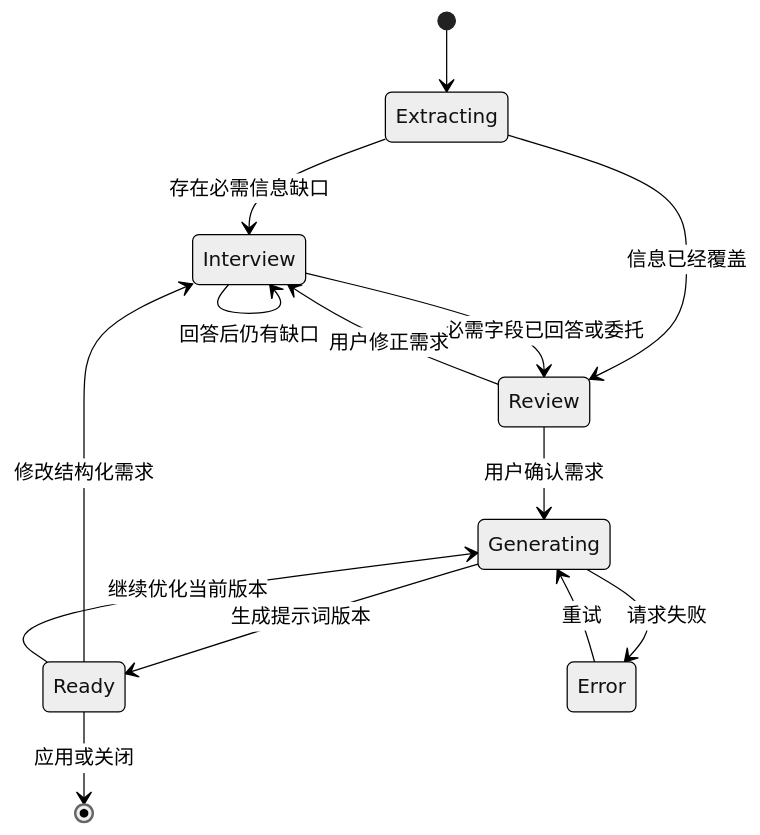
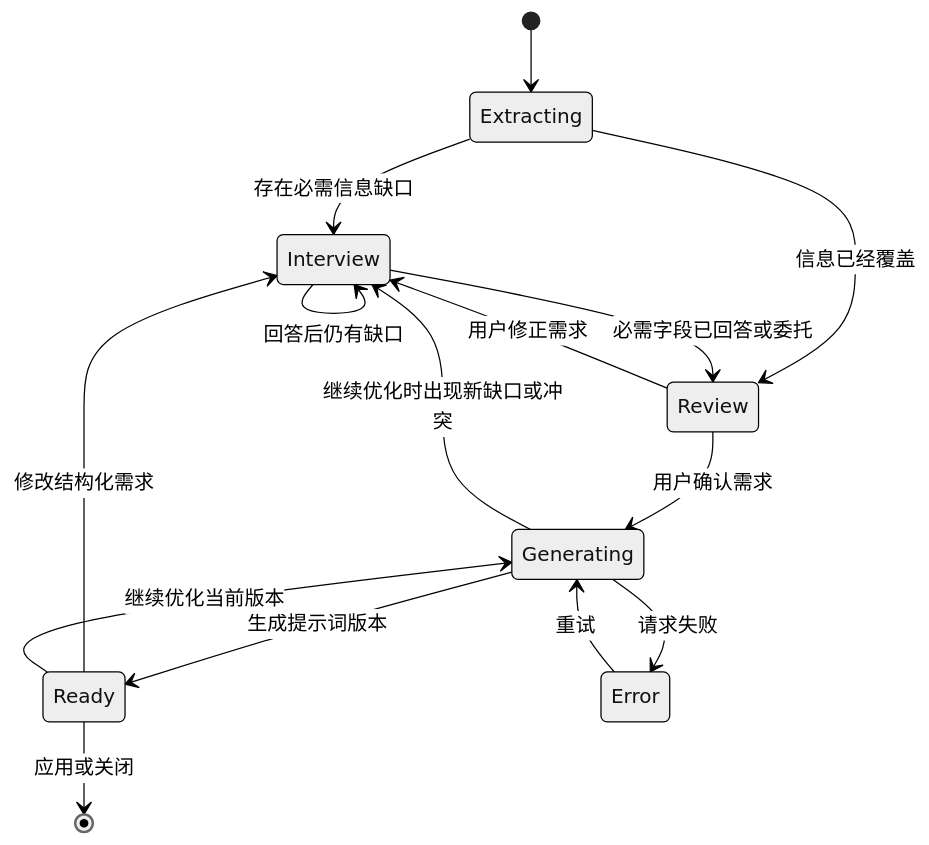
Before and after one commit to SongJaaaaaa/sub2Image: the second of 2 diagrams in docs/prompt-studio-design.md, drawn with Mermaid (neutral theme). The commit also changed other lines of this file and 120 other files, not shown here.

````diff
--- a/docs/prompt-studio-design.md
+++ b/docs/prompt-studio-design.md
@@ -484,16 +508,17 @@
 ```mermaid
 stateDiagram-v2
   [*] --> Extracting
   Extracting --> Interview: 存在必需信息缺口
   Extracting --> Review: 信息已经覆盖
   Interview --> Interview: 回答后仍有缺口
   Interview --> Review: 必需字段已回答或委托
   Review --> Interview: 用户修正需求
   Review --> Generating: 用户确认需求
   Generating --> Ready: 生成提示词版本
+  Generating --> Interview: 继续优化时出现新缺口或冲突
   Generating --> Error: 请求失败
   Error --> Generating: 重试
   Ready --> Interview: 修改结构化需求
   Ready --> Generating: 继续优化当前版本
   Ready --> [*]: 应用或关闭
 ```
````
